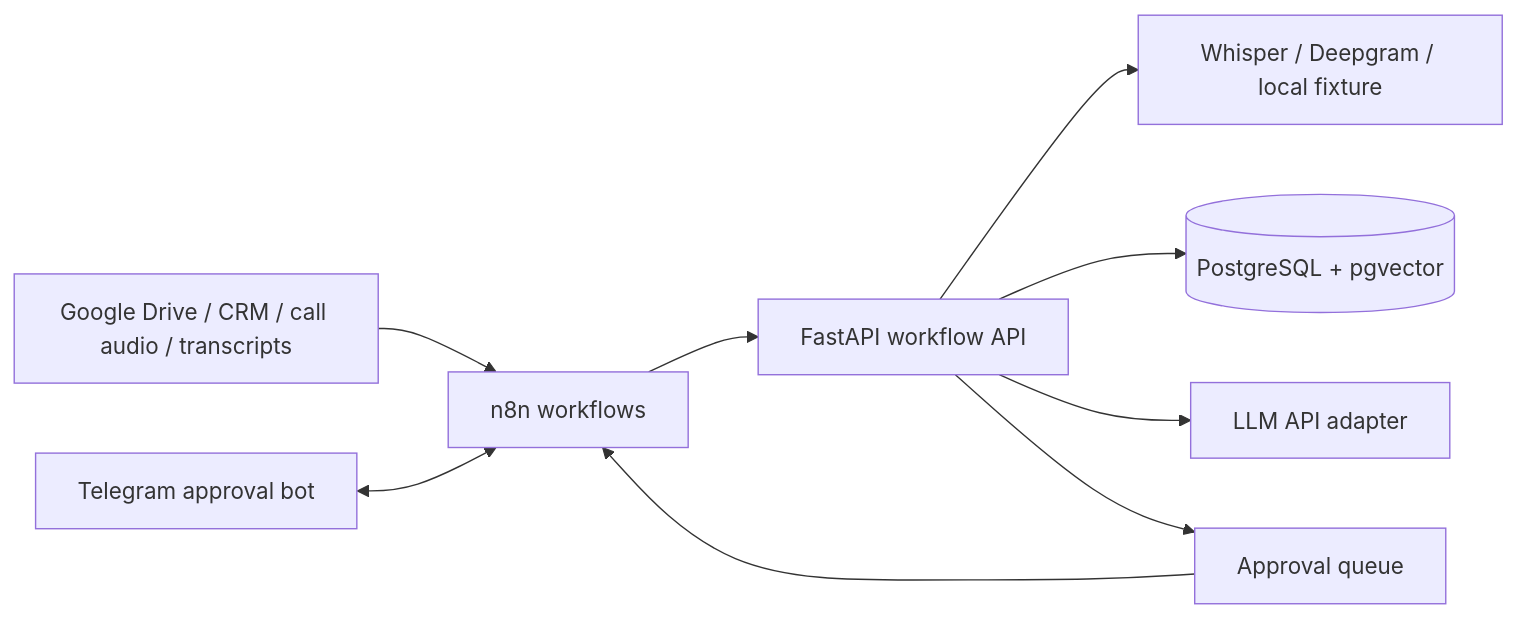
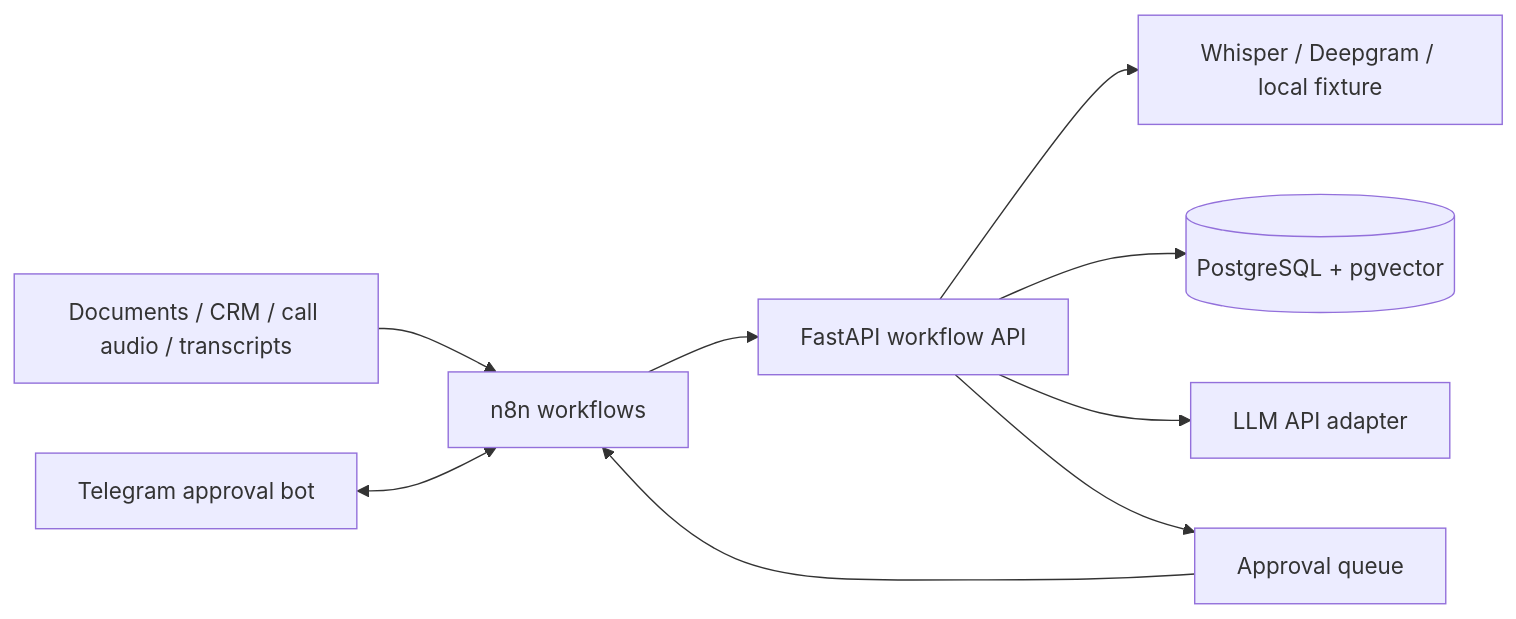
One commit to AlexGerlitz/ai-ops-workflow-kit changed the diagram in README.md. Above: the diagram before and after it, drawn with Mermaid. The commit also changed other lines of this file and 4 other files, not shown here.

````diff
--- a/README.md
+++ b/README.md
@@ -73,11 +73,11 @@
 ```mermaid
 flowchart LR
-  Drive[Google Drive / CRM / call audio / transcripts] --> N8N[n8n workflows]
+  Drive[Documents / CRM / call audio / transcripts] --> N8N[n8n workflows]
   Telegram[Telegram approval bot] <--> N8N
   N8N --> API[FastAPI workflow API]
   API --> STT[Whisper / Deepgram / local fixture]
   API --> Vector[(PostgreSQL + pgvector)]
   API --> LLM[LLM API adapter]
   API --> Queue[Approval queue]
   Queue --> N8N
 ```
````
